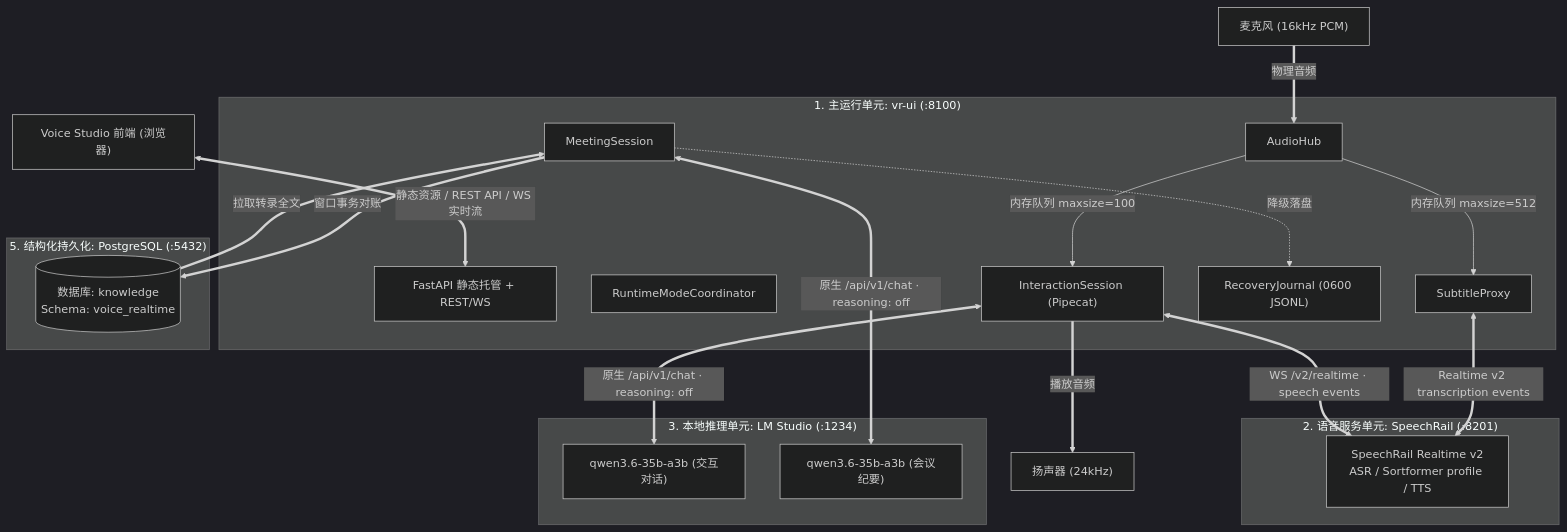
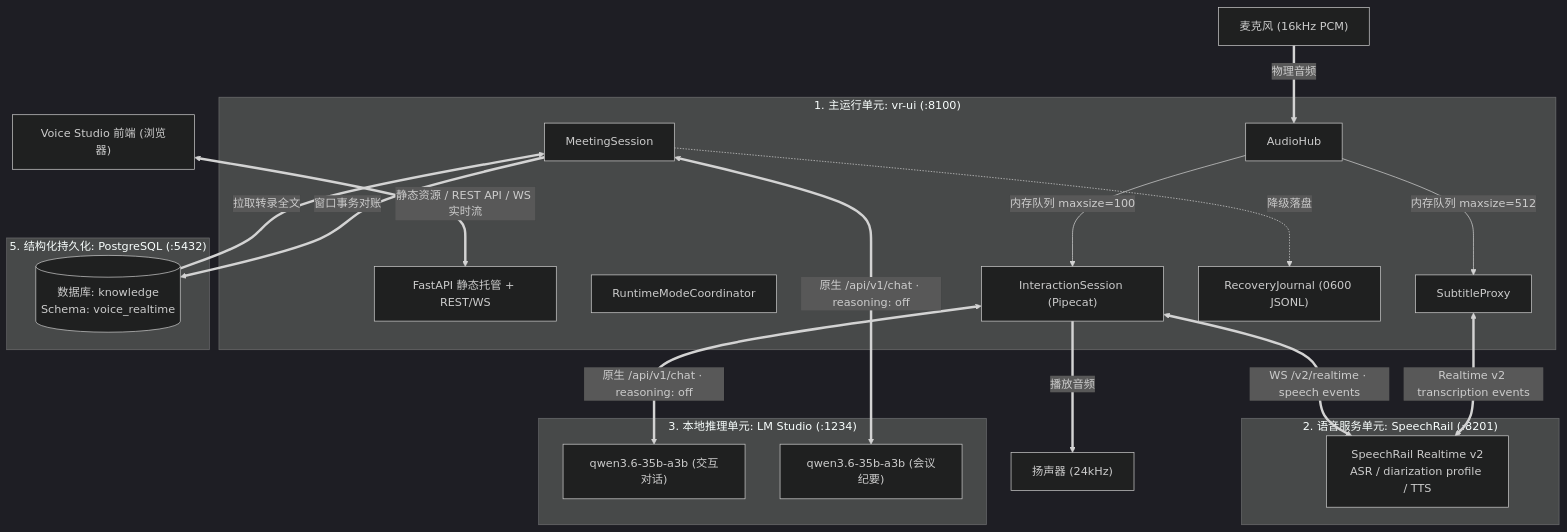
One commit to hrygo/voice-realtime changed the second of 13 diagrams in docs/architecture/系统总体架构与详细设计方案.md. Above: the diagram before and after it, drawn with Mermaid (dark theme). The commit also changed other lines of this file and 28 other files, not shown here.

Commit message:
docs: 更新 SpeechRail 依赖与文档基线

````diff
--- a/docs/architecture/系统总体架构与详细设计方案.md
+++ b/docs/architecture/系统总体架构与详细设计方案.md
@@ -200,45 +208,45 @@
 ```mermaid
 flowchart TB
     BROWSER["Voice Studio 前端 (浏览器)"]
     MIC["麦克风 (16kHz PCM)"]
     SPEAKER["扬声器 (24kHz)"]
 
     subgraph UNIT1["1. 主运行单元: vr-ui (:8100)"]
         FASTAPI["FastAPI 静态托管 + REST/WS"]
         HUB_NODE["AudioHub"]
         COORD_NODE["RuntimeModeCoordinator"]
         PIPE_NODE["InteractionSession (Pipecat)"]
         PROXY_NODE["SubtitleProxy"]
         MEETING_NODE["MeetingSession"]
         JOURNAL_NODE["RecoveryJournal (0600 JSONL)"]
     end
 
     subgraph UNIT2["2. 语音服务单元: SpeechRail (:8201)"]
-        SPEECHRAIL_NODE["SpeechRail Realtime v2<br/>ASR / Sortformer profile / TTS"]
+        SPEECHRAIL_NODE["SpeechRail Realtime v2<br/>ASR / diarization profile / TTS"]
     end
 
     subgraph UNIT3["3. 本地推理单元: LM Studio (:1234)"]
         LM_INTERACT["qwen3.6-35b-a3b (交互对话)"]
         LM_SUMMARY["qwen3.6-35b-a3b (会议纪要)"]
     end
 
     subgraph STORAGE["5. 结构化持久化: PostgreSQL (:5432)"]
         PG_DB[("数据库: knowledge<br/>Schema: voice_realtime")]
     end
 
     MIC ==>|物理音频| HUB_NODE
     HUB_NODE -->|内存队列 maxsize=100| PIPE_NODE
     HUB_NODE -->|内存队列 maxsize=512| PROXY_NODE
 
     PROXY_NODE <==>|Realtime v2 transcription events| SPEECHRAIL_NODE
     PIPE_NODE <==>|原生 /api/v1/chat · reasoning: off| LM_INTERACT
     PIPE_NODE <==>|WS /v2/realtime · speech events| SPEECHRAIL_NODE
     PIPE_NODE ==>|播放音频| SPEAKER
 
     MEETING_NODE ==>|窗口事务对账| PG_DB
     MEETING_NODE -.->|降级落盘| JOURNAL_NODE
     PG_DB ==>|拉取转录全文| MEETING_NODE
     MEETING_NODE <==>|原生 /api/v1/chat · reasoning: off| LM_SUMMARY
 
     BROWSER <==>|静态资源 / REST API / WS 实时流| FASTAPI
 ```
````
